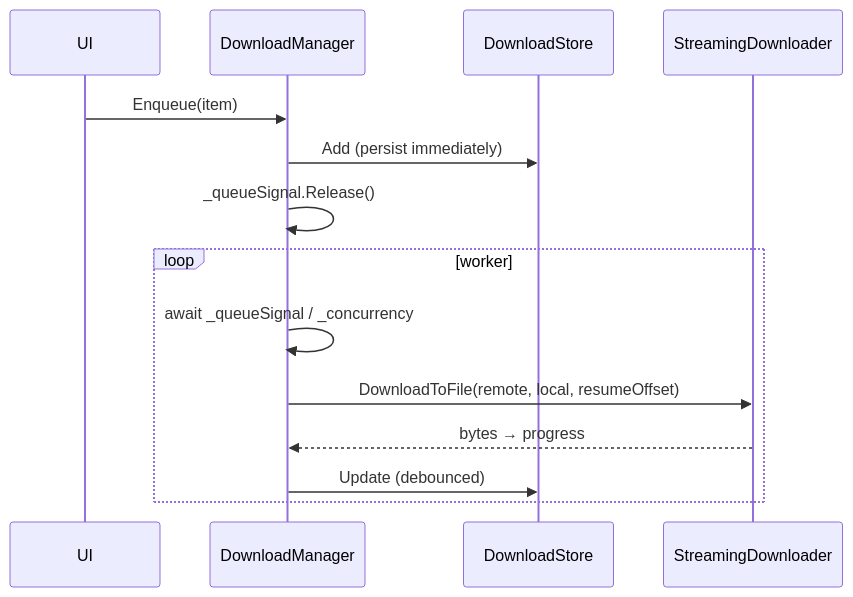
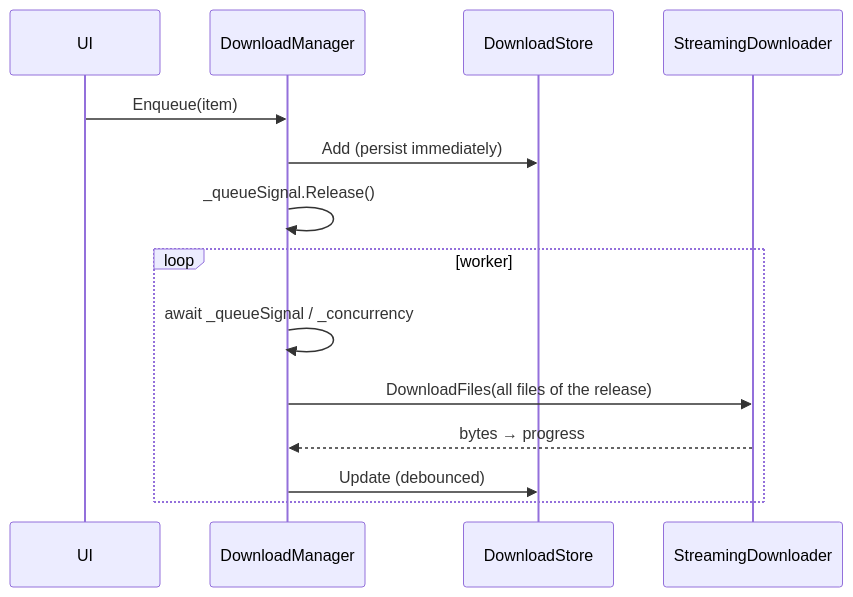
Before and after one commit to misterentity/GlDrive: the diagram in docs/downloads.md, drawn with Mermaid. The commit also changed other lines of this file and 9 other files, not shown here.

````diff
--- a/docs/downloads.md
+++ b/docs/downloads.md
@@ -22,16 +23,16 @@
 ```mermaid
 sequenceDiagram
     participant UI
     participant Mgr as DownloadManager
     participant Store as DownloadStore
     participant Dl as StreamingDownloader
     UI->>Mgr: Enqueue(item)
     Mgr->>Store: Add (persist immediately)
     Mgr->>Mgr: _queueSignal.Release()
     loop worker
         Mgr->>Mgr: await _queueSignal / _concurrency
-        Mgr->>Dl: DownloadToFile(remote, local, resumeOffset)
+        Mgr->>Dl: DownloadFiles(all files of the release)
         Dl-->>Mgr: bytes → progress
         Mgr->>Store: Update (debounced)
     end
 ```
````
